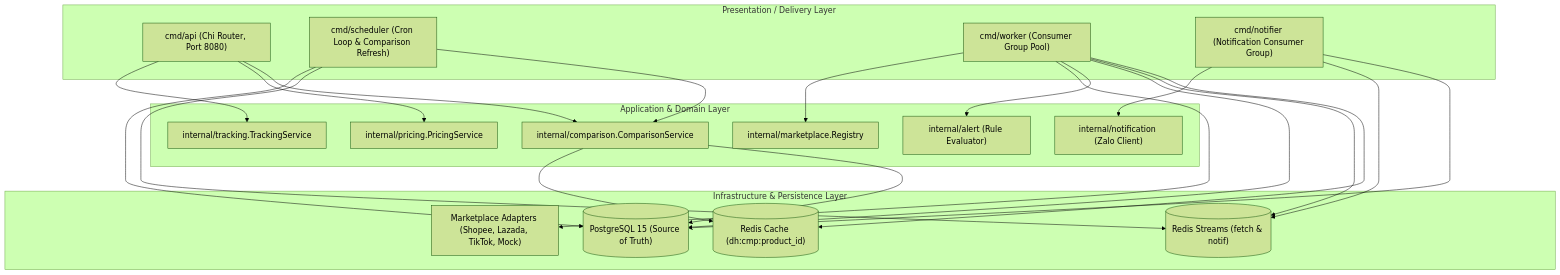
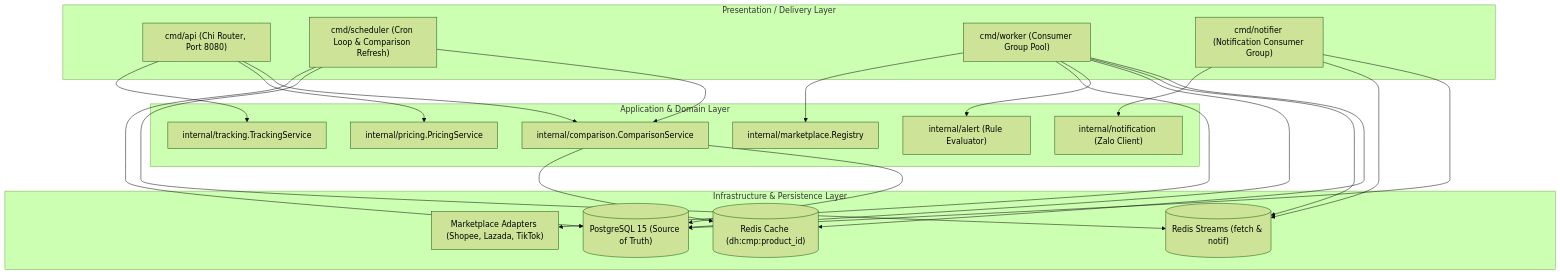
The diagram in docs/architecture/overview.md (tiendn1408/dealhunter), drawn with Mermaid (forest theme) before and after one commit. The commit also changed other lines of this file and 44 other files, not shown here.

````diff
--- a/docs/architecture/overview.md
+++ b/docs/architecture/overview.md
@@ -18,47 +18,47 @@
 ```mermaid
 flowchart TD
     subgraph Delivery ["Presentation / Delivery Layer"]
         API["cmd/api (Chi Router, Port 8080)"]
         Scheduler["cmd/scheduler (Cron Loop & Comparison Refresh)"]
         Worker["cmd/worker (Consumer Group Pool)"]
         Notifier["cmd/notifier (Notification Consumer Group)"]
     end
 
     subgraph Application ["Application & Domain Layer"]
         TrackingSvc["internal/tracking.TrackingService"]
         PricingSvc["internal/pricing.PricingService"]
         ComparisonSvc["internal/comparison.ComparisonService"]
         AlertEngine["internal/alert (Rule Evaluator)"]
         NotifSvc["internal/notification (Zalo Client)"]
         Registry["internal/marketplace.Registry"]
     end
 
     subgraph Storage ["Infrastructure & Persistence Layer"]
         PG[("PostgreSQL 15 (Source of Truth)")]
         RedisStream[("Redis Streams (fetch & notif)")]
         RedisCache[("Redis Cache (dh:cmp:product_id)")]
-        Adapters["Marketplace Adapters (Shopee, Lazada, TikTok, Mock)"]
+        Adapters["Marketplace Adapters (Shopee, Lazada, TikTok)"]
     end
 
     API --> TrackingSvc
     API --> PricingSvc
     API --> ComparisonSvc
 
     Scheduler --> PG
     Scheduler --> RedisStream
     Scheduler --> ComparisonSvc
 
     Worker --> Registry
     Worker --> Adapters
     Worker --> AlertEngine
     Worker --> PG
     Worker --> RedisStream
     Worker --> RedisCache
 
     Notifier --> NotifSvc
     Notifier --> RedisStream
     Notifier --> PG
 
     ComparisonSvc --> RedisCache
     ComparisonSvc --> PG
 ```
````
